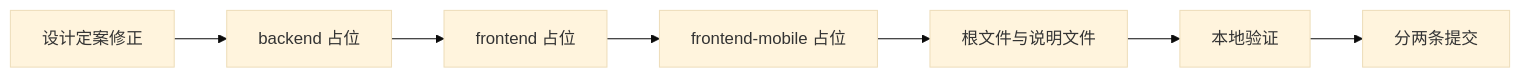
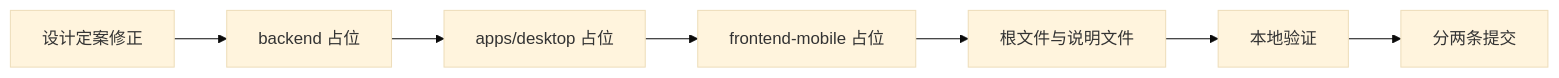
The diagram in bms文档/项目/01_项目骨架/任务/01_工程骨架/01_工程骨架_01_monorepo仓库骨架/实施/01_实施_01_monorepo仓库根骨架.md (minjian123/basic-management-system), drawn with Mermaid (base theme) before and after one commit. The commit also changed other lines of this file and 293 other files, not shown here.

````diff
--- a/bms文档/项目/01_项目骨架/任务/01_工程骨架/01_工程骨架_01_monorepo仓库骨架/实施/01_实施_01_monorepo仓库根骨架.md
+++ b/bms文档/项目/01_项目骨架/任务/01_工程骨架/01_工程骨架_01_monorepo仓库骨架/实施/01_实施_01_monorepo仓库根骨架.md
@@ -22,9 +22,9 @@
 ```mermaid
 flowchart LR
     A[设计定案修正] --> B[backend 占位]
-    B --> C[frontend 占位]
+    B --> C[apps/desktop 占位]
     C --> D[frontend-mobile 占位]
     D --> E[根文件与说明文件]
     E --> F[本地验证]
     F --> G[分两条提交]
 ```
````
